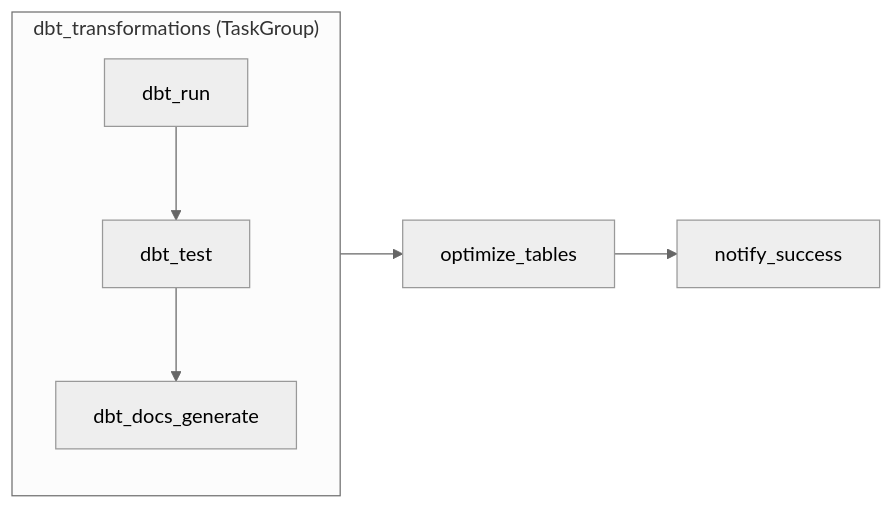
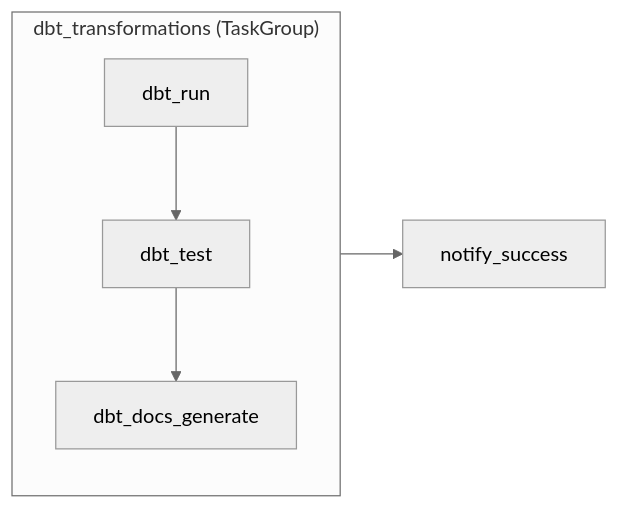
Before and after one commit to pierreWagou/deep-rayon: the first of 3 diagrams in docs/airflow.md, drawn with Mermaid (neutral theme). The commit also changed other lines of this file and 21 other files, not shown here.

````diff
--- a/docs/airflow.md
+++ b/docs/airflow.md
@@ -20,9 +24,8 @@
 ```mermaid
 flowchart LR
     subgraph dbt_transformations["dbt_transformations (TaskGroup)"]
         run[dbt_run] --> test[dbt_test] --> docs[dbt_docs_generate]
     end
 
-    dbt_transformations --> optimize[optimize_tables]
-    optimize --> notify[notify_success]
+    dbt_transformations --> notify[notify_success]
 ```
````
